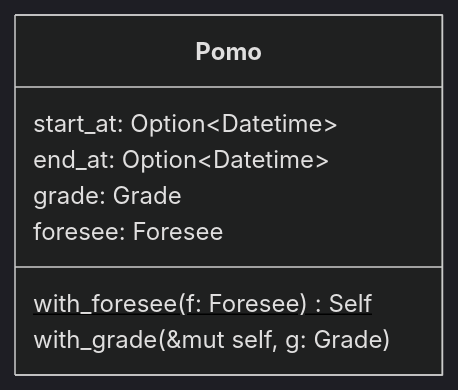
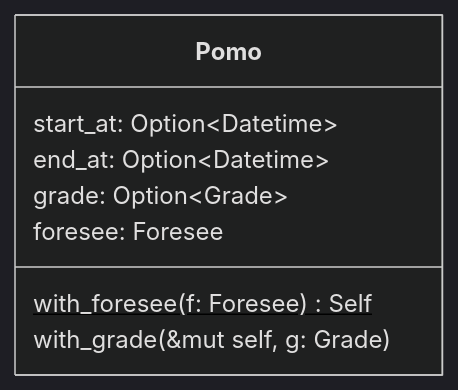
Before and after one commit to huangjj27/huangjj27.github.io: the first of 4 diagrams in src/pomo_doro/pomo.md, drawn with Mermaid (dark theme). The commit also changed other lines of this file, not shown here.

Commit message:
sprint-0.0.2(pomo): 番茄的 grade 属性允许置空

````diff
--- a/src/pomo_doro/pomo.md
+++ b/src/pomo_doro/pomo.md
@@ -23,11 +23,11 @@
 ```mermaid
 classDiagram
     class Pomo {
         start_at: Option~Datetime~
         end_at: Option~Datetime~
-        grade: Grade
+        grade: Option~Grade~
         foresee: Foresee
         with_foresee(f: Foresee) Self$
         with_grade(&mut self, g: Grade)
     }
 ```
````
